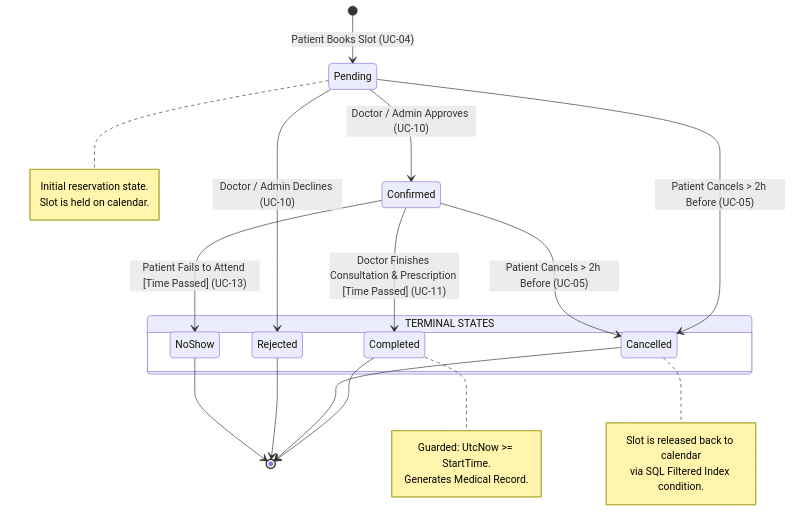
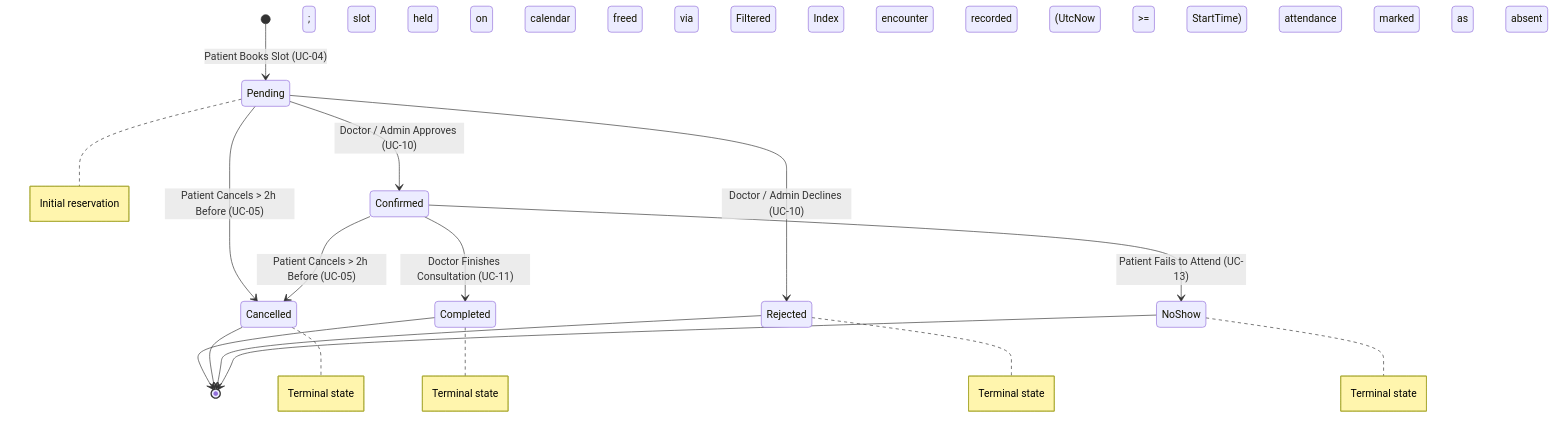
The first of 2 diagrams in docs/04-design/behavior/state-diagram.md (foxelhadad812-design/MediCare), drawn with Mermaid before and after one commit. The commit also changed 11 other files, not shown here.

First line of the commit message:
docs(design): fix mermaid syntax issues

````diff
--- a/docs/04-design/behavior/state-diagram.md
+++ b/docs/04-design/behavior/state-diagram.md
@@ -11,39 +11,23 @@
 ```mermaid
 stateDiagram-v2
     [*] --> Pending: Patient Books Slot (UC-04)
 
     Pending --> Confirmed: Doctor / Admin Approves (UC-10)
     Pending --> Rejected: Doctor / Admin Declines (UC-10)
     Pending --> Cancelled: Patient Cancels > 2h Before (UC-05)
 
-    Confirmed --> Completed: Doctor Finishes Consultation & Prescription [Time Passed] (UC-11)
+    Confirmed --> Completed: Doctor Finishes Consultation (UC-11)
     Confirmed --> Cancelled: Patient Cancels > 2h Before (UC-05)
-    Confirmed --> NoShow: Patient Fails to Attend [Time Passed] (UC-13)
-
-    state "TERMINAL STATES" as Terminals {
-        Completed
-        Cancelled
-        Rejected
-        NoShow
-    }
+    Confirmed --> NoShow: Patient Fails to Attend (UC-13)
 
     Completed --> [*]
     Cancelled --> [*]
     Rejected --> [*]
     NoShow --> [*]
 
-    note right of Pending
-        Initial reservation state.
-        Slot is held on calendar.
-    end note
-
-    note right of Cancelled
-        Slot is released back to calendar
-        via SQL Filtered Index condition.
-    end note
-
-    note right of Completed
-        Guarded: UtcNow >= StartTime.
-        Generates Medical Record.
-    end note
+    note right of Pending: Initial reservation; slot held on calendar
+    note right of Cancelled: Terminal state; slot freed via Filtered Index
+    note right of Completed: Terminal state; encounter recorded (UtcNow >= StartTime)
+    note right of Rejected: Terminal state; slot freed via Filtered Index
+    note right of NoShow: Terminal state; attendance marked as absent
 ```
````
